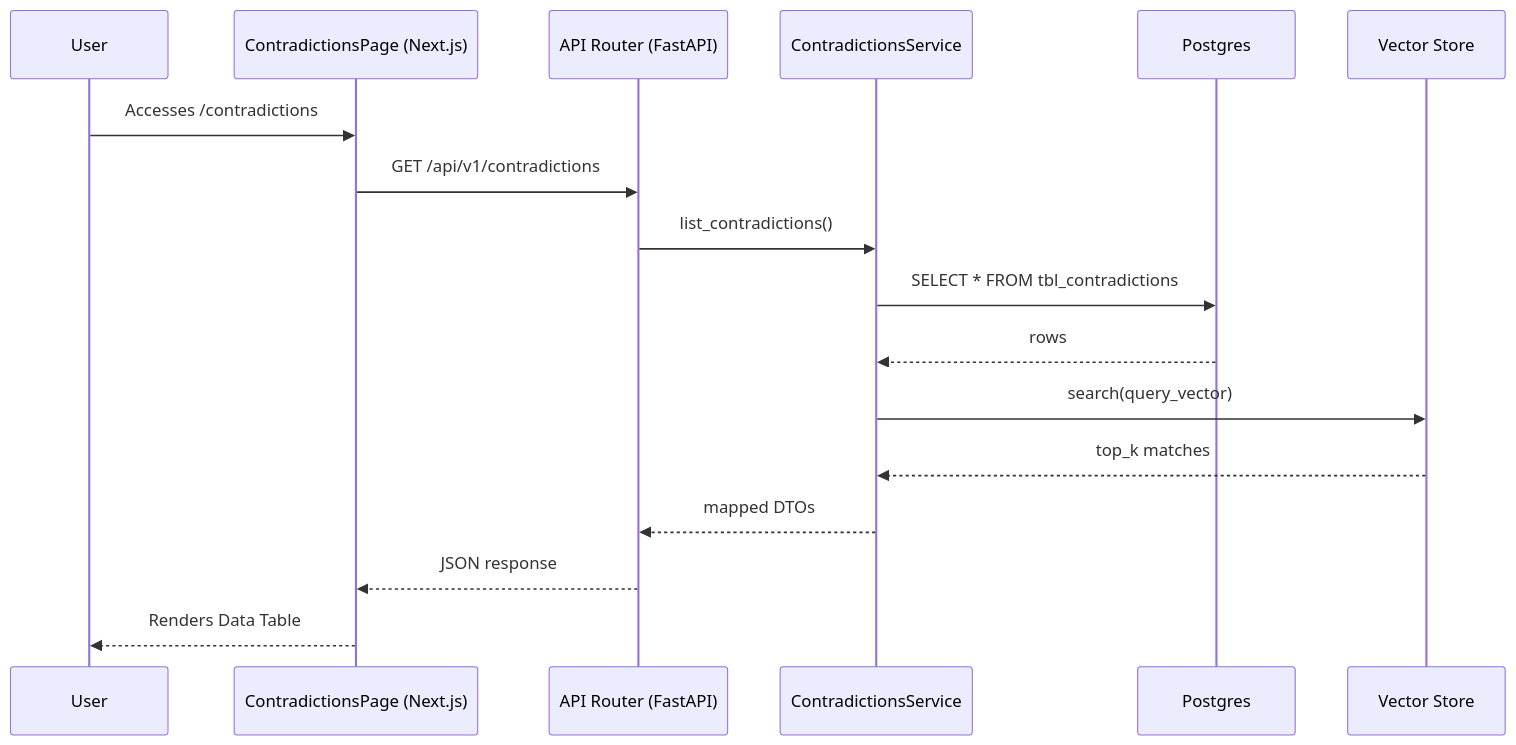
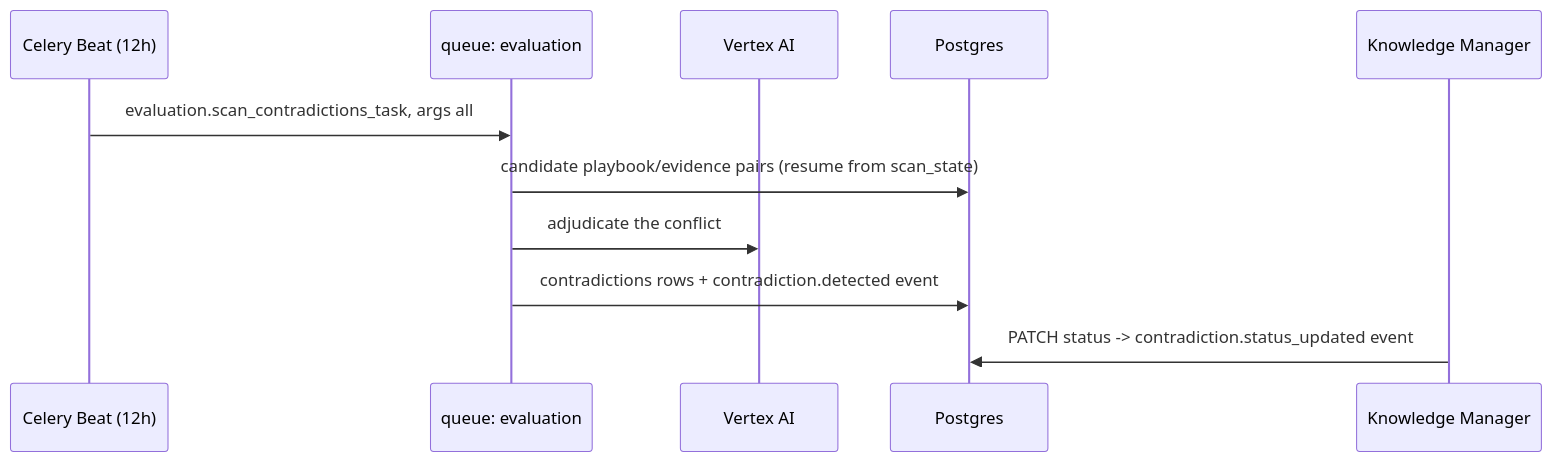
One commit to Valuedx/ContextEdge changed diagram 14 of 26 in docs/11_UI_Tabs_Explanation.md. Above: the diagram before and after it, drawn with Mermaid. The commit also changed other lines of this file and 48 other files, not shown here.

````diff
--- a/docs/11_UI_Tabs_Explanation.md
+++ b/docs/11_UI_Tabs_Explanation.md
@@ -1183,20 +1373,14 @@
 ```mermaid
 sequenceDiagram
-    participant User
-    participant Frontend as ContradictionsPage (Next.js)
-    participant API as API Router (FastAPI)
-    participant Service as ContradictionsService
+    participant Beat as Celery Beat (12h)
+    participant EvalQ as queue: evaluation
+    participant LLM as Vertex AI
     participant DB as Postgres
-    participant Vector as Vector Store
-    
-    User->>Frontend: Accesses /contradictions
-    Frontend->>API: GET /api/v1/contradictions
-    API->>Service: list_contradictions()
-    Service->>DB: SELECT * FROM tbl_contradictions
-    DB-->>Service: rows
-    Service->>Vector: search(query_vector)
-    Vector-->>Service: top_k matches
-    Service-->>API: mapped DTOs
-    API-->>Frontend: JSON response
-    Frontend-->>User: Renders Data Table
+    participant KM as Knowledge Manager
+
+    Beat->>EvalQ: evaluation.scan_contradictions_task, args all
+    EvalQ->>DB: candidate playbook/evidence pairs (resume from scan_state)
+    EvalQ->>LLM: adjudicate the conflict
+    EvalQ->>DB: contradictions rows + contradiction.detected event
+    KM->>DB: PATCH status -> contradiction.status_updated event
 ```
````
